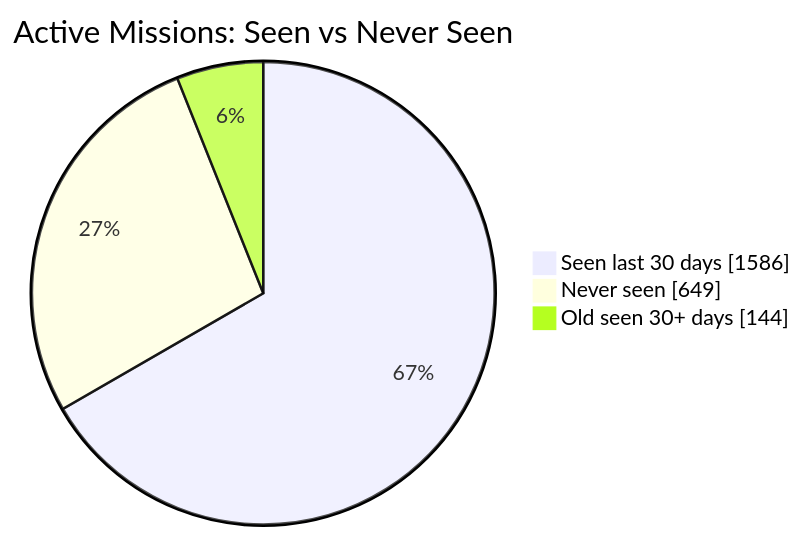
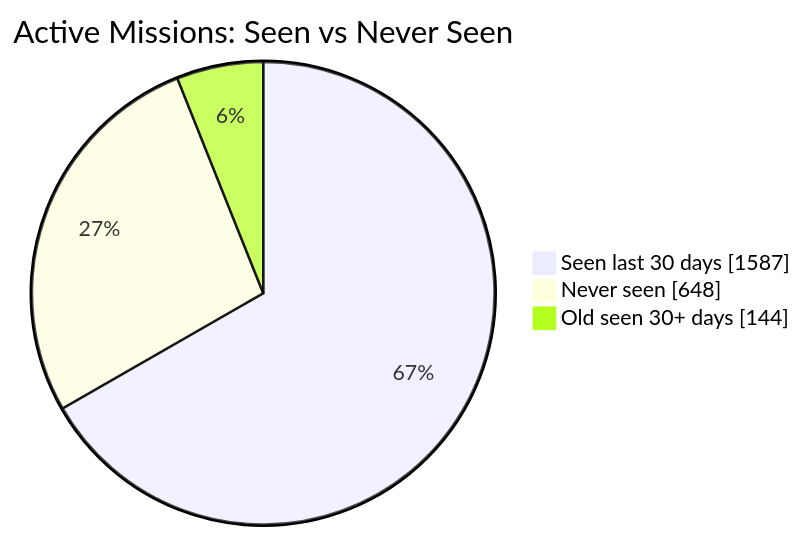
One commit to MeldkamerspelGameTeam/active-missions changed the first of 2 diagrams in README.md. Above: the diagram before and after it, drawn with Mermaid. The commit also changed other lines of this file and 3 other files, not shown here.

````diff
--- a/README.md
+++ b/README.md
@@ -34,7 +34,7 @@
 ```mermaid
 pie showData
     title Active Missions: Seen vs Never Seen
-    "Seen last 30 days" : 1586
-    "Never seen" : 649
+    "Seen last 30 days" : 1587
+    "Never seen" : 648
     "Old seen 30+ days" : 144
 ```
````
